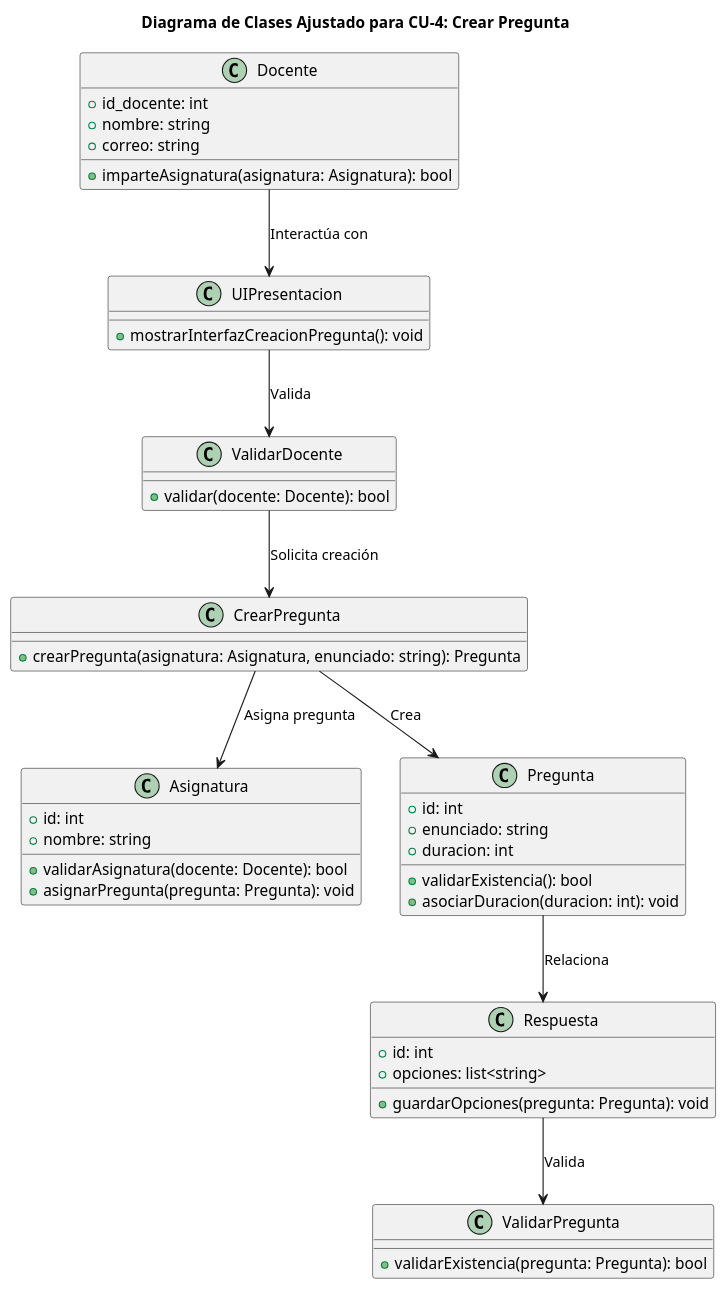
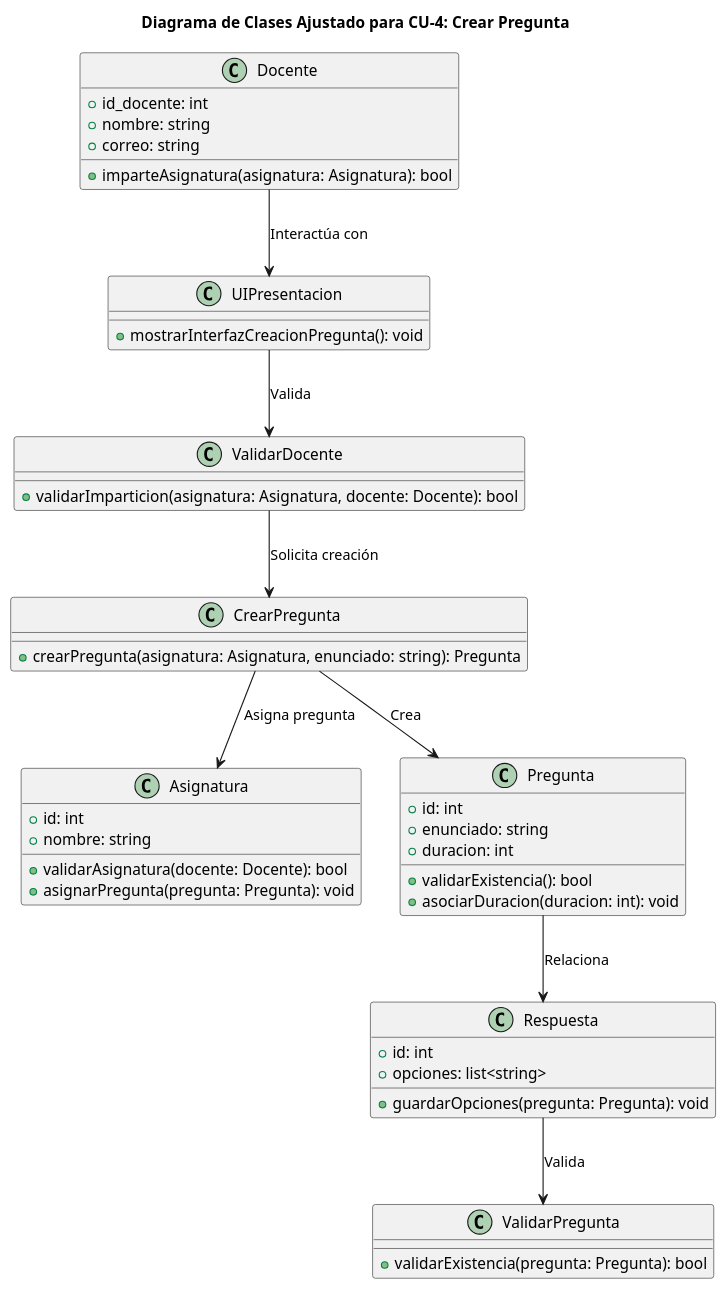
Before and after one commit to EdwinGuevarahub/Ingenieria-de-software-I: the diagram in Diagramas/DCS_CU4_crear_pregunta.wsd, drawn with PlantUML. The commit also changed 7 other files, not shown here.

Commit message:
Add CU6 diagrams * generalization of the use case for the actors(student and teacher) - Update validarEstudiante and ValidarDocente classes methods on related diagrams

```diff
--- a/Diagramas/DCS_CU4_crear_pregunta.wsd
+++ b/Diagramas/DCS_CU4_crear_pregunta.wsd
@@ -1,55 +1,55 @@
 @startuml CU4
 title Diagrama de Clases Ajustado para CU-4: Crear Pregunta
 
 class Docente {
     +id_docente: int
     +nombre: string
     +correo: string
     +imparteAsignatura(asignatura: Asignatura): bool
 }
 
 class UIPresentacion {
     +mostrarInterfazCreacionPregunta(): void
 }
 
 class ValidarDocente {
-    + validar(docente: Docente): bool
+    + validarImparticion(asignatura: Asignatura, docente: Docente): bool
 }
 
 class Asignatura {
     +id: int
     +nombre: string
     +validarAsignatura(docente: Docente): bool
     +asignarPregunta(pregunta: Pregunta): void
 }
 
 class CrearPregunta {
     +crearPregunta(asignatura: Asignatura, enunciado: string): Pregunta
 }
 
 class Pregunta {
     +id: int
     +enunciado: string
     +duracion: int
     +validarExistencia(): bool
     +asociarDuracion(duracion: int): void
 }
 
 class Respuesta {
     +id: int
     +opciones: list<string>
     +guardarOpciones(pregunta: Pregunta): void
 }
 
 class ValidarPregunta {
     +validarExistencia(pregunta: Pregunta): bool
 }
 
 Docente --> UIPresentacion : Interactúa con
 UIPresentacion --> ValidarDocente : Valida
 ValidarDocente --> CrearPregunta : Solicita creación
 CrearPregunta --> Pregunta : Crea
 Pregunta --> Respuesta : Relaciona
 Respuesta --> ValidarPregunta : Valida
 CrearPregunta --> Asignatura : Asigna pregunta
 @enduml
```
